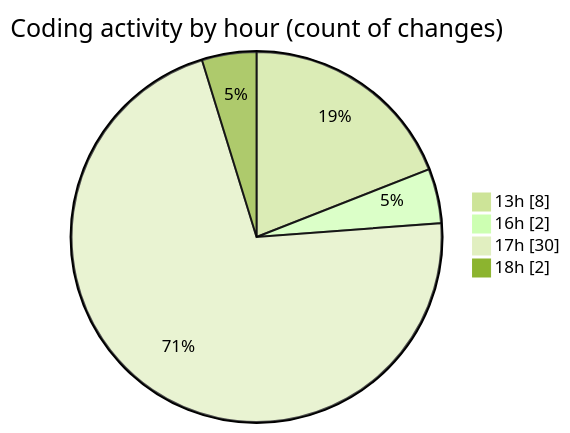
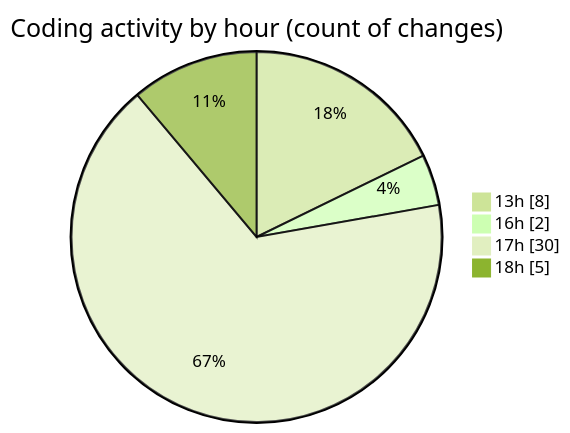
Before and after one commit to nxtqubesakshisongat/code-tracking: the second of 2 diagrams in 2025-12-10/nxtqube_webapp/README.md, drawn with Mermaid (forest theme). The commit also changed other lines of this file and 1 other file, not shown here.

````diff
--- a/2025-12-10/nxtqube_webapp/README.md
+++ b/2025-12-10/nxtqube_webapp/README.md
@@ -32,8 +32,8 @@
 ```mermaid
 pie showData
 title Coding activity by hour (count of changes)
 "13h" : 8
 "16h" : 2
 "17h" : 30
-"18h" : 2
+"18h" : 5
 ```
````
